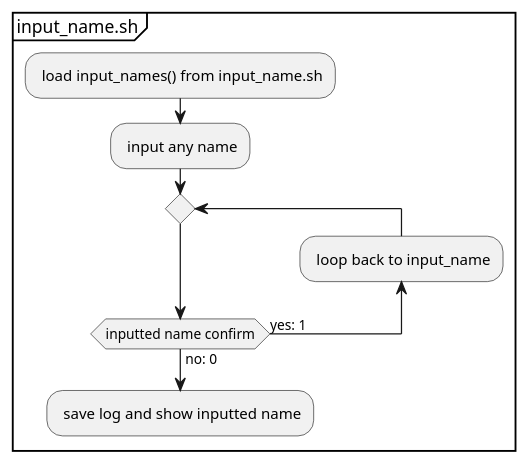
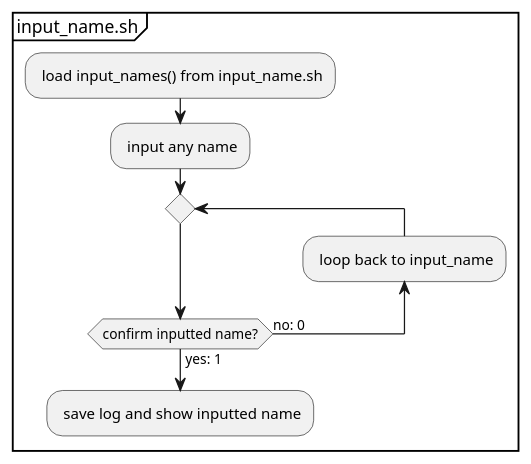
One commit to Jumacde/shellscript_loadname changed the diagram in docs/main-script-flow_activity/input-name_process.puml. Above: the diagram before and after it, drawn with PlantUML. The commit also changed 1 other file, not shown here.

Commit message:
edit input name process of the activity-diagram

```diff
--- a/docs/main-script-flow_activity/input-name_process.puml
+++ b/docs/main-script-flow_activity/input-name_process.puml
@@ -1,8 +1,8 @@
 partition input_name.sh {
 	: load input_names() from input_name.sh;
 	: input any name;
 	repeat
 	backward: loop back to input_name;
-	repeat while(inputted name confirm) is (yes: 1) not (no: 0);
+	repeat while(confirm inputted name?) is (no: 0) not (yes: 1);
 	: save log and show inputted name;
 }
```
